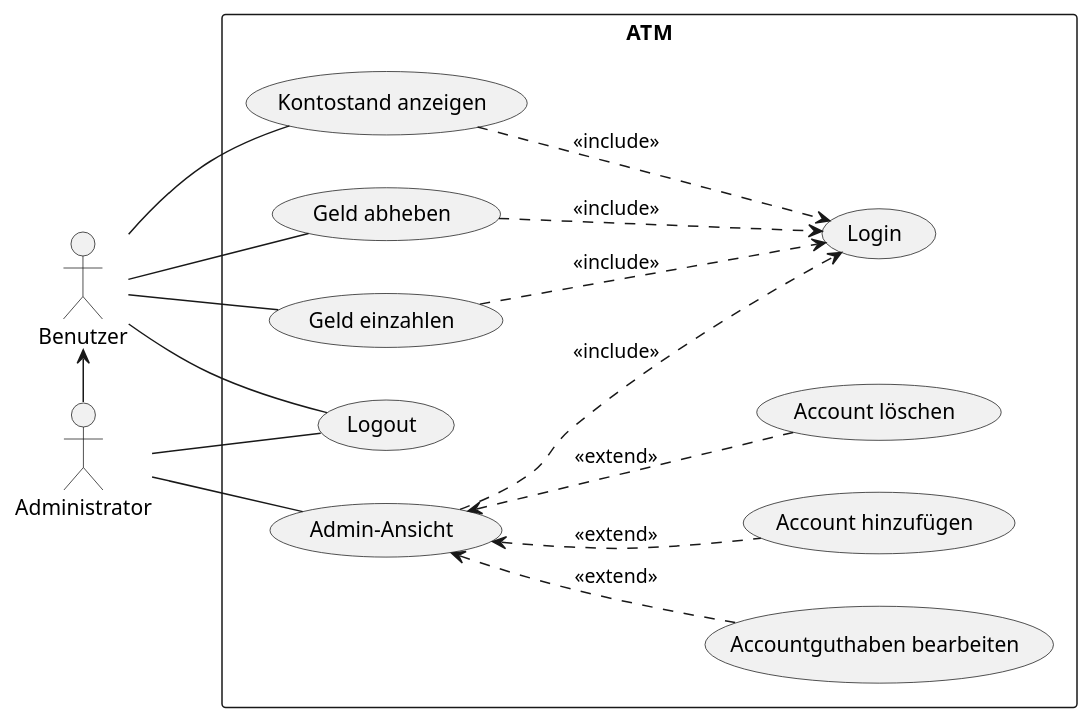
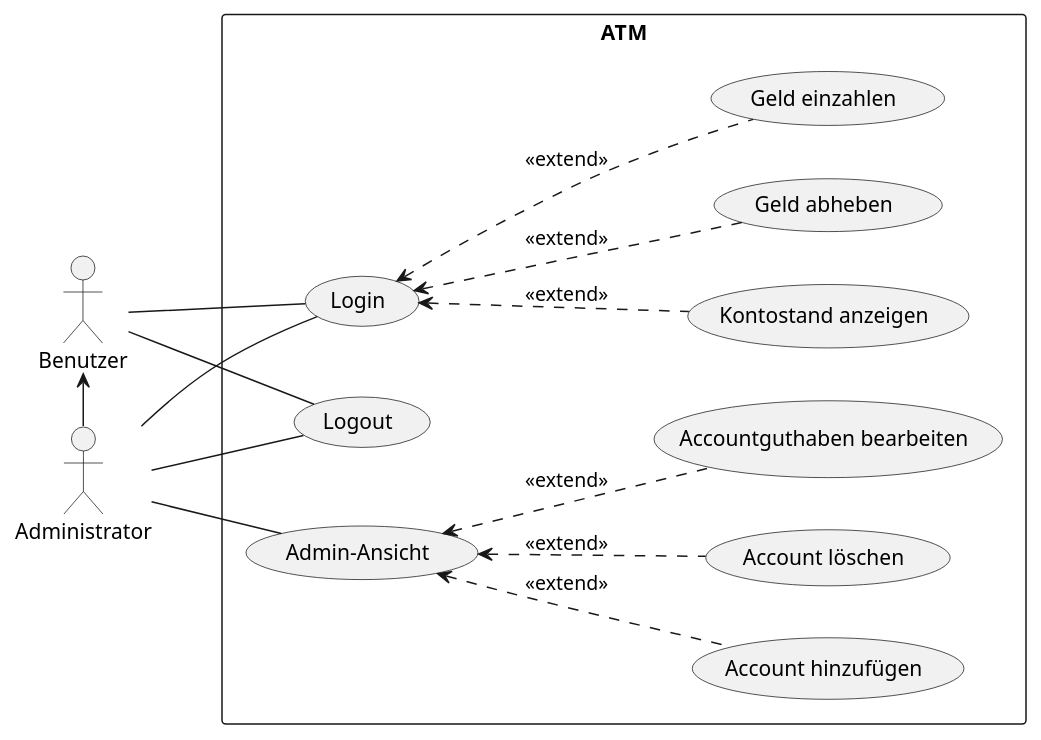
One commit to Halfpipe-SD/ATM changed the diagram in usecase.plantuml. Above: the diagram before and after it, drawn with PlantUML. The commit also changed 1 other file, not shown here.

Commit message:
#1 update usecase diagram

```diff
--- a/usecase.plantuml
+++ b/usecase.plantuml
@@ -1,27 +1,29 @@
 @startuml usecase
 
 left to right direction
 skinparam packageStyle rectangle
 
 actor "Benutzer" as AB
 actor "Administrator" as AA
 
 AB <- AA
 
 rectangle ATM {
-  AB -- (Kontostand anzeigen)
-  (Kontostand anzeigen) -.> (Login) : "<<include>>"
-  AB -- (Geld abheben)
-  (Geld abheben) -.> (Login) : "<<include>>"
-  AB -- (Geld einzahlen)
-  (Geld einzahlen) -.> (Login) : "<<include>>"
+
+  AB -- (Login)
   AB -- (Logout)
+
+  (Login) <.- (Kontostand anzeigen) : "<<extend>>"
+  (Login) <.- (Geld abheben) : "<<extend>>"
+  (Login) <.- (Geld einzahlen) : "<<extend>>"
+
+  AA -- (Login)
   AA -- (Logout)
   AA -- (Admin-Ansicht)
-  (Admin-Ansicht) -.> (Login) : "<<include>>"
+
   (Admin-Ansicht) <.- (Account hinzufügen) : "<<extend>>"
   (Admin-Ansicht) <.- (Account löschen) : "<<extend>>"
   (Admin-Ansicht) <.- (Accountguthaben bearbeiten) : "<<extend>>"
 }
 
 @enduml
```
